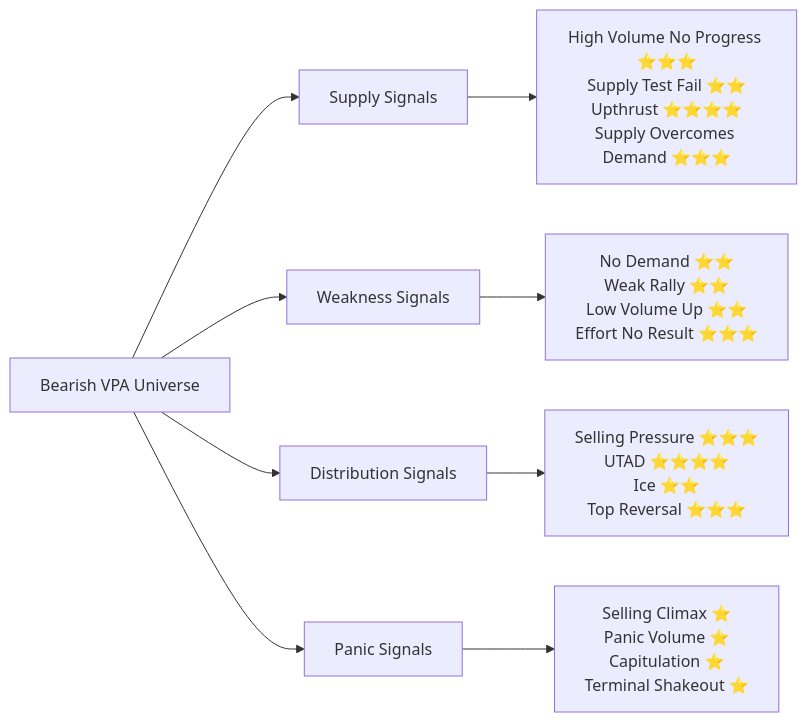
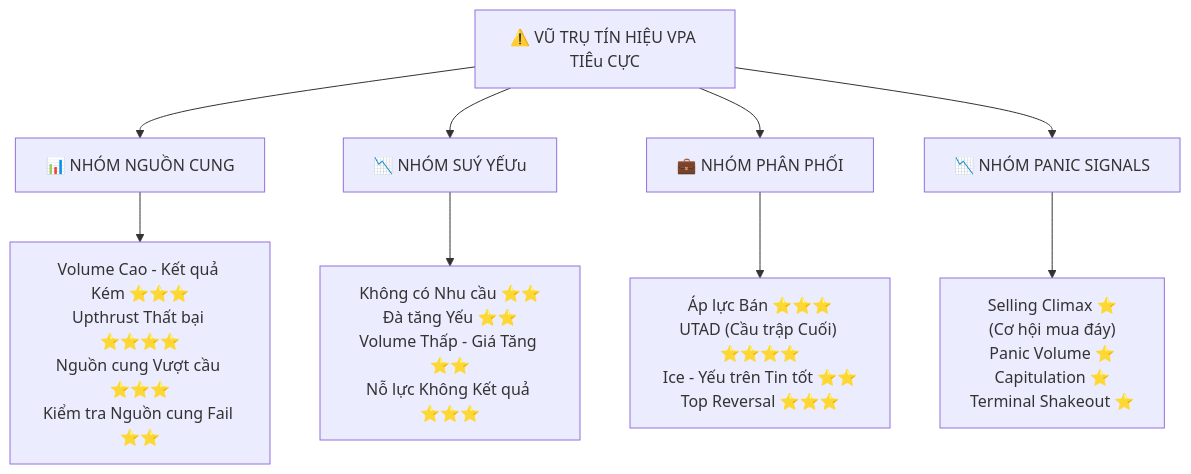
The first of 3 diagrams in docs/tutorials/chapter-3-2-bearish-vpa-signals.md (quanhua92/aipriceaction-old), drawn with Mermaid before and after one commit. The commit also changed other lines of this file and 21 other files, not shown here.

````diff
--- a/docs/tutorials/chapter-3-2-bearish-vpa-signals.md
+++ b/docs/tutorials/chapter-3-2-bearish-vpa-signals.md
@@ -13,15 +20,15 @@
 ```mermaid
-flowchart LR
-    A[Bearish VPA Universe] --> B[Supply Signals]
-    A --> C[Weakness Signals]  
-    A --> D[Distribution Signals]
-    A --> E[Panic Signals]
+flowchart TD
+    A["⚠️ VŨ TRỤ TÍN HIỆU VPA TIÊu CỰC"] --> B["📊 NHÓM NGUỒN CUNG"]
+    A --> C["📉 NHÓM SUÝ YẾƯu"]
+    A --> D["💼 NHÓM PHÂN PHỐI"]
+    A --> E["📉 NHÓM PANIC SIGNALS"]
     
-    B --> B1[High Volume No Progress ⭐⭐⭐<br/>Supply Test Fail ⭐⭐<br/>Upthrust ⭐⭐⭐⭐<br/>Supply Overcomes Demand ⭐⭐⭐]
+    B --> B1["Volume Cao - Kết quả Kém ⭐⭐⭐<br/>Upthrust Thất bại ⭐⭐⭐⭐<br/>Nguồn cung Vượt cầu ⭐⭐⭐<br/>Kiểm tra Nguồn cung Fail ⭐⭐"]
     
-    C --> C1[No Demand ⭐⭐<br/>Weak Rally ⭐⭐<br/>Low Volume Up ⭐⭐<br/>Effort No Result ⭐⭐⭐]
+    C --> C1["Không có Nhu cầu ⭐⭐<br/>Đà tăng Yếu ⭐⭐<br/>Volume Thấp - Giá Tăng ⭐⭐<br/>Nỗ lực Không Kết quả ⭐⭐⭐"]
     
-    D --> D1[Selling Pressure ⭐⭐⭐<br/>UTAD ⭐⭐⭐⭐<br/>Ice ⭐⭐<br/>Top Reversal ⭐⭐⭐]
+    D --> D1["Áp lực Bán ⭐⭐⭐<br/>UTAD (Cầu trập Cuối) ⭐⭐⭐⭐<br/>Ice - Yếu trên Tin tốt ⭐⭐<br/>Top Reversal ⭐⭐⭐"]
     
-    E --> E1[Selling Climax ⭐<br/>Panic Volume ⭐<br/>Capitulation ⭐<br/>Terminal Shakeout ⭐]
+    E --> E1["Selling Climax ⭐<br/>(Cơ hội mua đáy)<br/>Panic Volume ⭐<br/>Capitulation ⭐<br/>Terminal Shakeout ⭐"]
 ```
````
